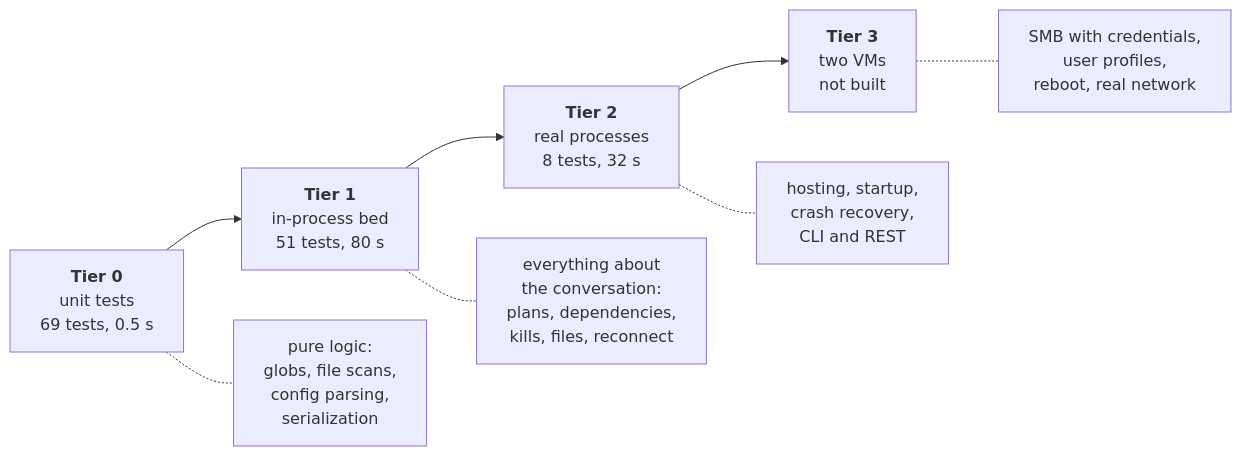
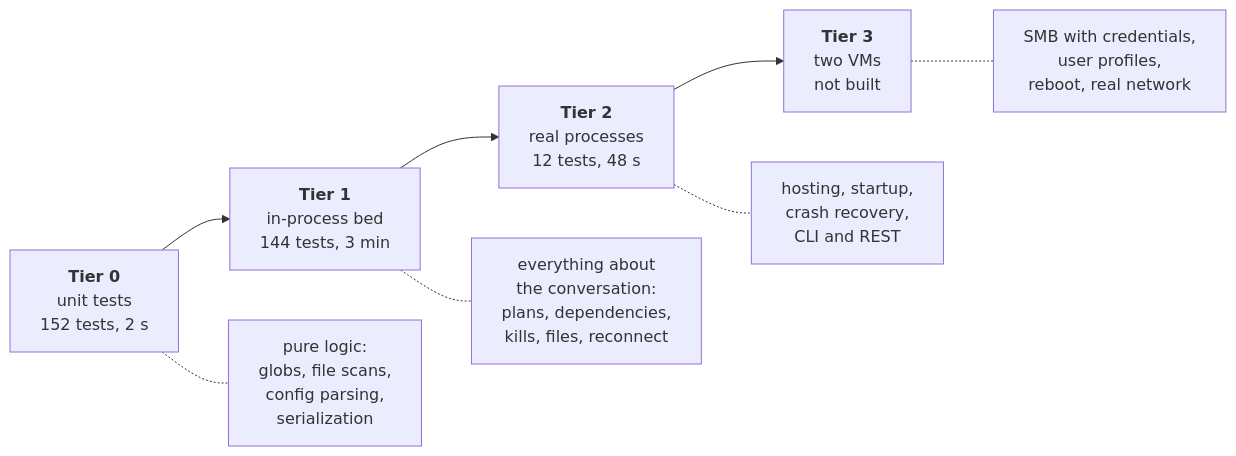
The first of 5 diagrams in docs/TestHarness.md (pjanec/dirigent), drawn with Mermaid before and after one commit. The commit also changed other lines of this file and 17 other files, not shown here.

````diff
--- a/docs/TestHarness.md
+++ b/docs/TestHarness.md
@@ -87,14 +85,14 @@
 ```mermaid
 flowchart LR
-    T0["<b>Tier 0</b><br/>unit tests<br/>69 tests, 0.5 s"]
-    T1["<b>Tier 1</b><br/>in-process bed<br/>51 tests, 80 s"]
-    T2["<b>Tier 2</b><br/>real processes<br/>8 tests, 32 s"]
+    T0["<b>Tier 0</b><br/>unit tests<br/>152 tests, 2 s"]
+    T1["<b>Tier 1</b><br/>in-process bed<br/>144 tests, 3 min"]
+    T2["<b>Tier 2</b><br/>real processes<br/>12 tests, 48 s"]
     T3["<b>Tier 3</b><br/>two VMs<br/>not built"]
 
     T0 --> T1 --> T2 --> T3
 
     T0 -.- N0["pure logic:<br/>globs, file scans,<br/>config parsing,<br/>serialization"]
     T1 -.- N1["everything about<br/>the conversation:<br/>plans, dependencies,<br/>kills, files, reconnect"]
     T2 -.- N2["hosting, startup,<br/>crash recovery,<br/>CLI and REST"]
     T3 -.- N3["SMB with credentials,<br/>user profiles,<br/>reboot, real network"]
 ```
````
